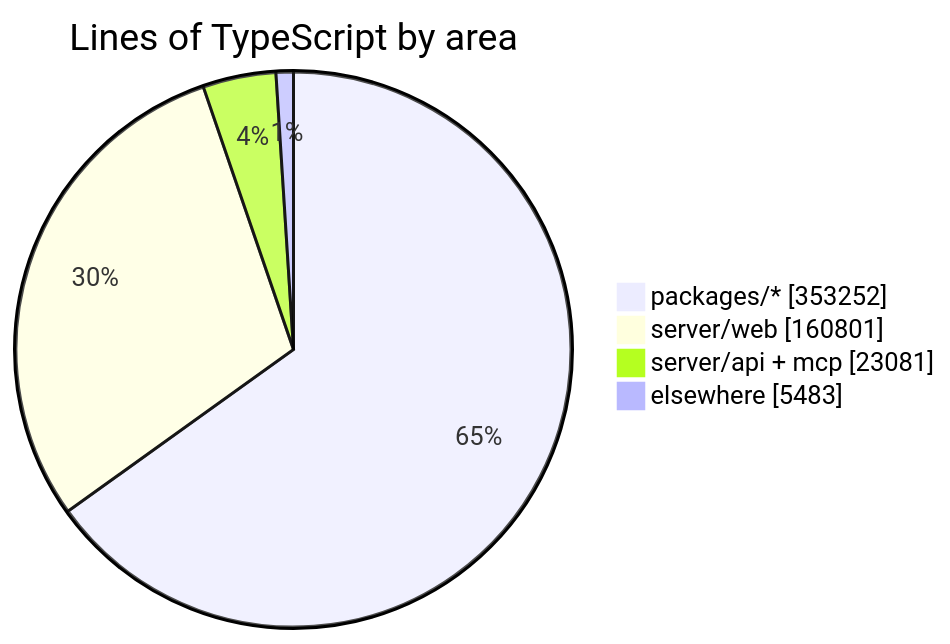
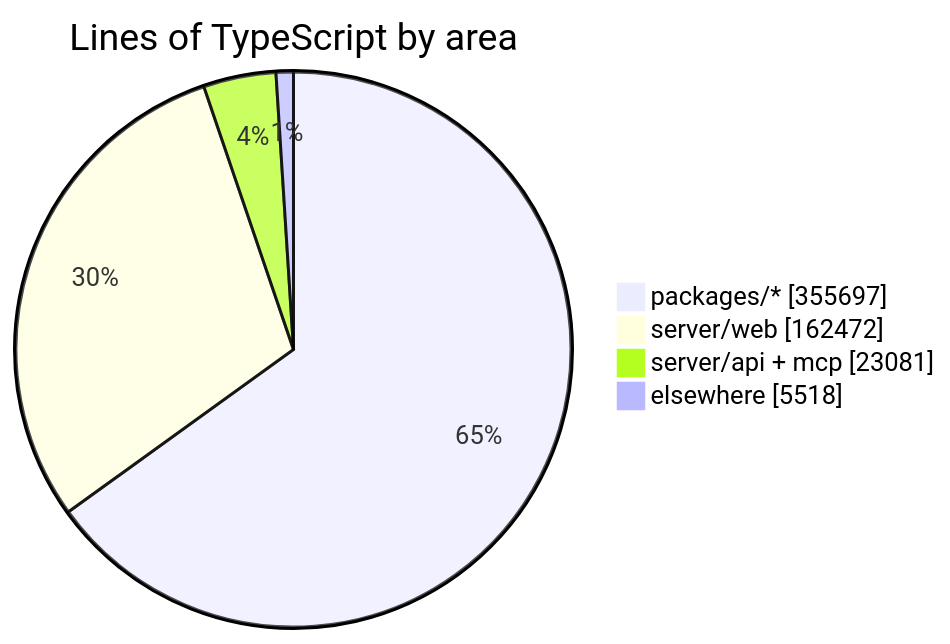
One commit to crossworks-engineering/mantle changed the diagram in README.md. Above: the diagram before and after it, drawn with Mermaid. The commit also changed other lines of this file and 2 other files, not shown here.

````diff
--- a/README.md
+++ b/README.md
@@ -294,7 +294,7 @@
 ```mermaid
 pie showData title Lines of TypeScript by area
-    "packages/*" : 353252
-    "server/web" : 160801
+    "packages/*" : 355697
+    "server/web" : 162472
     "server/api + mcp" : 23081
-    "elsewhere" : 5483
+    "elsewhere" : 5518
 ```
````
